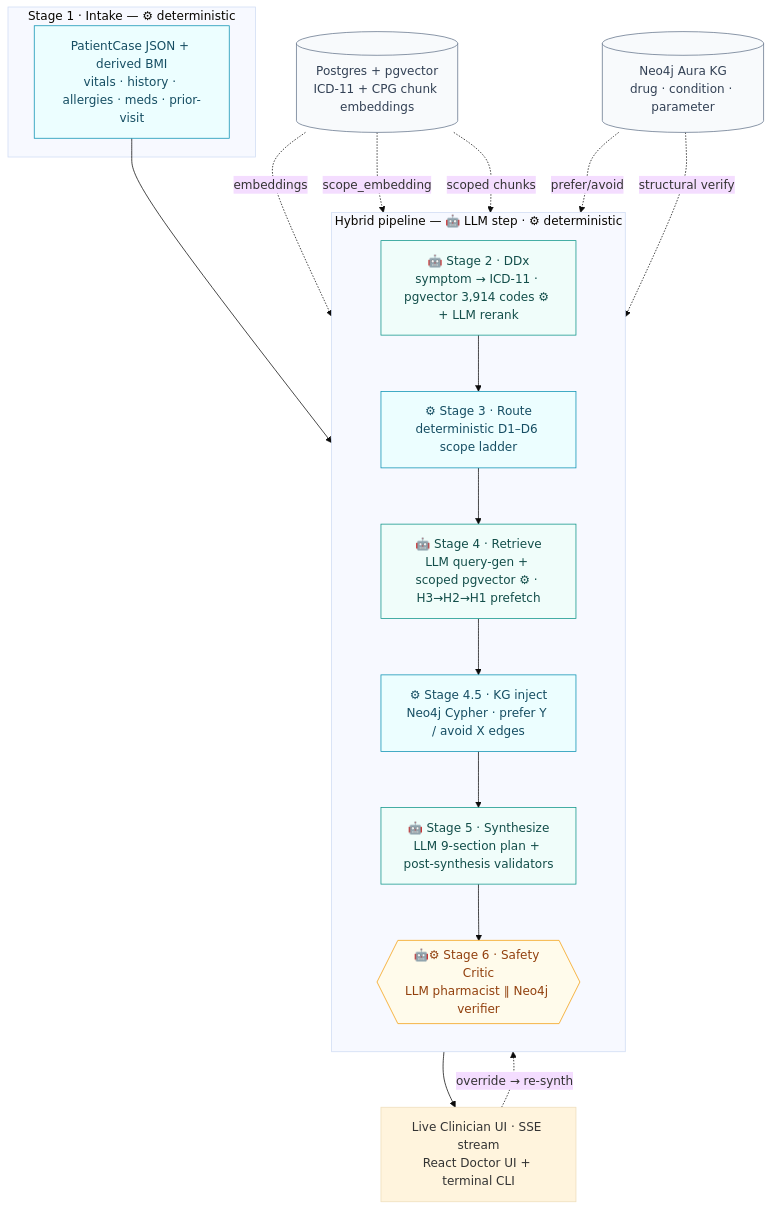
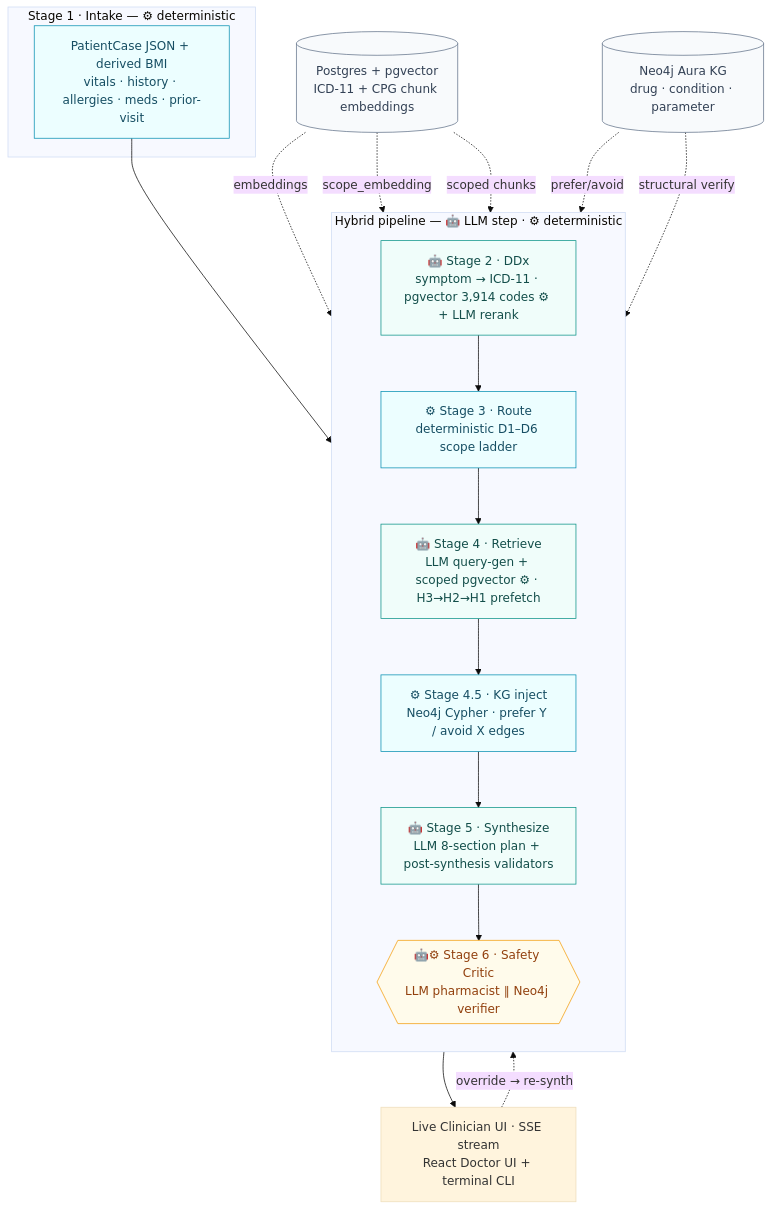
The third of 8 diagrams in POSTER_LAYOUT.md (itznotpk/CPG-LLM-Agentic-RAG-Knowledge-Graph), drawn with Mermaid (base theme) before and after one commit. The commit also changed other lines of this file and 13 other files, not shown here.

Commit message:
Update Doctor UI components, refactor Supabase schema for vitals and severity, remove patient education, and update documentation

````diff
--- a/POSTER_LAYOUT.md
+++ b/POSTER_LAYOUT.md
@@ -958,39 +958,39 @@
 ```mermaid
 flowchart TB
     subgraph Intake["Stage 1 · Intake — ⚙ deterministic"]
         S1[PatientCase JSON + derived BMI<br/>vitals · history · allergies · meds · prior-visit]
     end
 
     subgraph Pipeline["Hybrid pipeline — 🤖 LLM step · ⚙ deterministic"]
         direction TB
         S2["🤖 Stage 2 · DDx<br/>symptom → ICD-11 · pgvector 3,914 codes ⚙ + LLM rerank"]
         S3["⚙ Stage 3 · Route<br/>deterministic D1–D6 scope ladder"]
         S4["🤖 Stage 4 · Retrieve<br/>LLM query-gen + scoped pgvector ⚙ · H3→H2→H1 prefetch"]
         S45["⚙ Stage 4.5 · KG inject<br/>Neo4j Cypher · prefer Y / avoid X edges"]
-        S5["🤖 Stage 5 · Synthesize<br/>LLM 9-section plan + post-synthesis validators"]
+        S5["🤖 Stage 5 · Synthesize<br/>LLM 8-section plan + post-synthesis validators"]
         S6{{"🤖⚙ Stage 6 · Safety Critic<br/>LLM pharmacist ∥ Neo4j verifier"}}
         S2 --> S3 --> S4 --> S45 --> S5 --> S6
     end
 
     PG[("Postgres + pgvector<br/>ICD-11 + CPG chunk embeddings")]
     KG[("Neo4j Aura KG<br/>drug · condition · parameter")]
 
     S1 --> S2
     PG -. embeddings .-> S2
     PG -. scope_embedding .-> S3
     PG -. scoped chunks .-> S4
     KG -. prefer/avoid .-> S45
     KG -. structural verify .-> S6
 
     S6 --> UI[Live Clinician UI · SSE stream<br/>React Doctor UI + terminal CLI]
     UI -. override → re-synth .-> S5
 
     classDef agent fill:#f0fdfa,stroke:#0d9488,color:#134e4a;
     classDef det fill:#ecfeff,stroke:#0891b2,color:#164e63;
     classDef crit fill:#fffbeb,stroke:#f59e0b,color:#92400e;
     classDef store fill:#f8fafc,stroke:#64748b,color:#334155;
     class S1,S3,S45 det;
     class S2,S4,S5 agent;
     class S6 crit;
     class PG,KG store;
 ```
````
